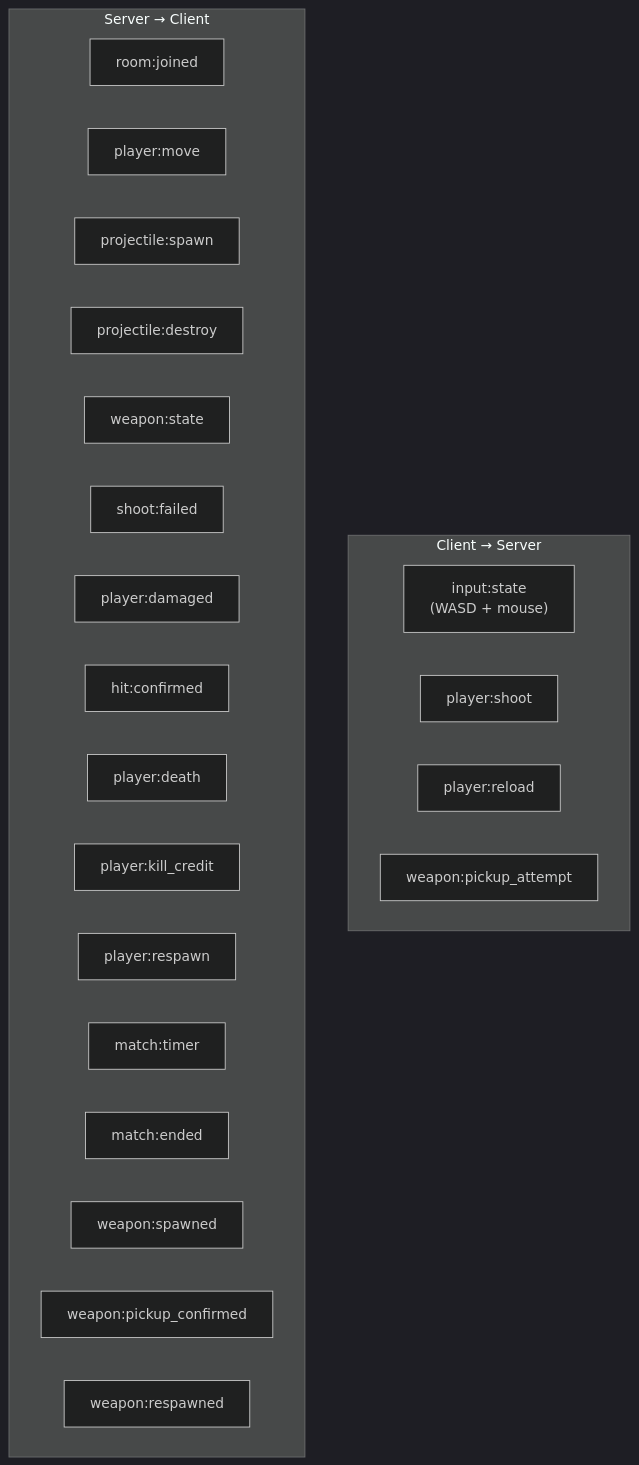
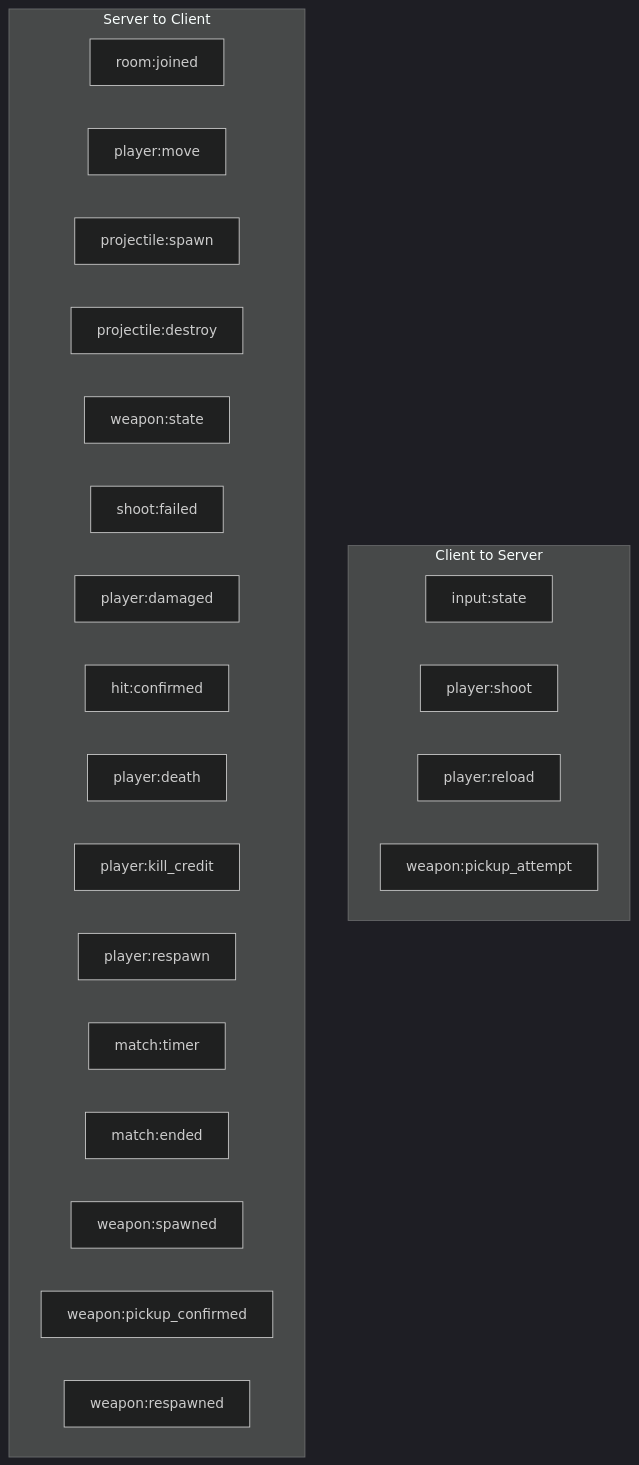
The fourth of 11 diagrams in docs/ARCHITECTURE.md (mtomcal/stick-rumble), drawn with Mermaid (dark theme) before and after one commit. The commit also changed other lines of this file and 2 other files, not shown here.

First line of the commit message:
docs: Fix Mermaid diagrams for GitHub rendering

````diff
--- a/docs/ARCHITECTURE.md
+++ b/docs/ARCHITECTURE.md
@@ -91,28 +91,28 @@
 ```mermaid
 flowchart TD
-    subgraph "Client → Server"
-        IS["input:state\n(WASD + mouse)"]
+    subgraph "Client to Server"
+        IS["input:state"]
         PS["player:shoot"]
         PR["player:reload"]
         WP["weapon:pickup_attempt"]
     end
 
-    subgraph "Server → Client"
+    subgraph "Server to Client"
         RJ["room:joined"]
         PM["player:move"]
         PSp["projectile:spawn"]
         PD["projectile:destroy"]
         WS["weapon:state"]
         SF["shoot:failed"]
         PDmg["player:damaged"]
         HC["hit:confirmed"]
         PDeath["player:death"]
         PKill["player:kill_credit"]
         PRespawn["player:respawn"]
         MT["match:timer"]
         ME["match:ended"]
         WSp["weapon:spawned"]
         WPick["weapon:pickup_confirmed"]
         WResp["weapon:respawned"]
     end
 ```
````
